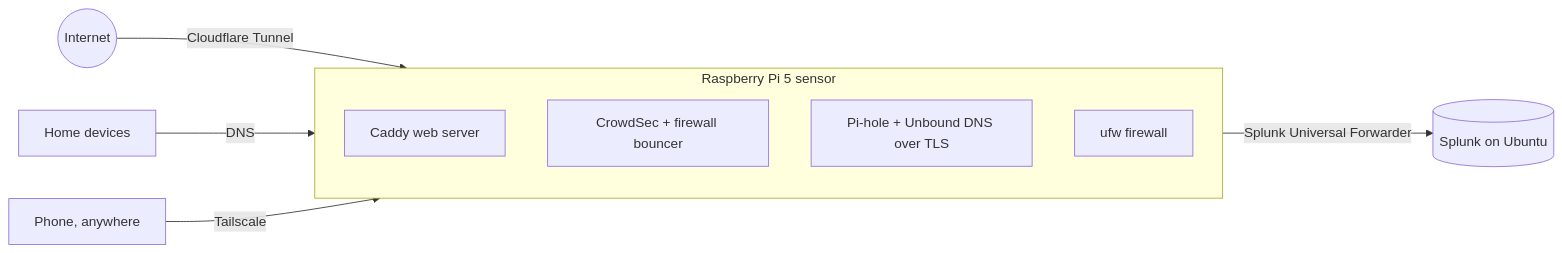
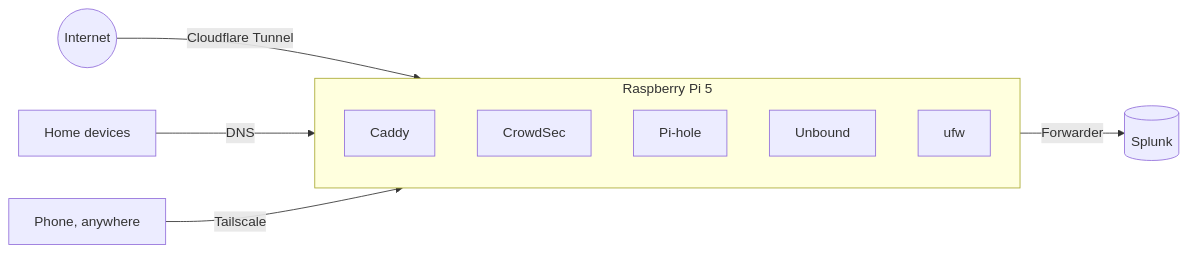
One commit to Bytebara/Bytebara changed the diagram in README.md. Above: the diagram before and after it, drawn with Mermaid.

Commit message:
Shorten diagram labels

````diff
--- a/README.md
+++ b/README.md
@@ -13,13 +13,14 @@
 ```mermaid
 flowchart LR
     internet((Internet)) -->|Cloudflare Tunnel| pi
     devices[Home devices] -->|DNS| pi
     phone[Phone, anywhere] -->|Tailscale| pi
-    subgraph pi[Raspberry Pi 5 sensor]
-        caddy[Caddy web server]
-        crowdsec[CrowdSec + firewall bouncer]
-        pihole[Pi-hole + Unbound DNS over TLS]
-        ufw[ufw firewall]
+    subgraph pi[Raspberry Pi 5]
+        caddy[Caddy]
+        crowdsec[CrowdSec]
+        pihole[Pi-hole]
+        unbound[Unbound]
+        ufw[ufw]
     end
-    pi -->|Splunk Universal Forwarder| splunk[(Splunk on Ubuntu)]
+    pi -->|Forwarder| splunk[(Splunk)]
 ```
````
